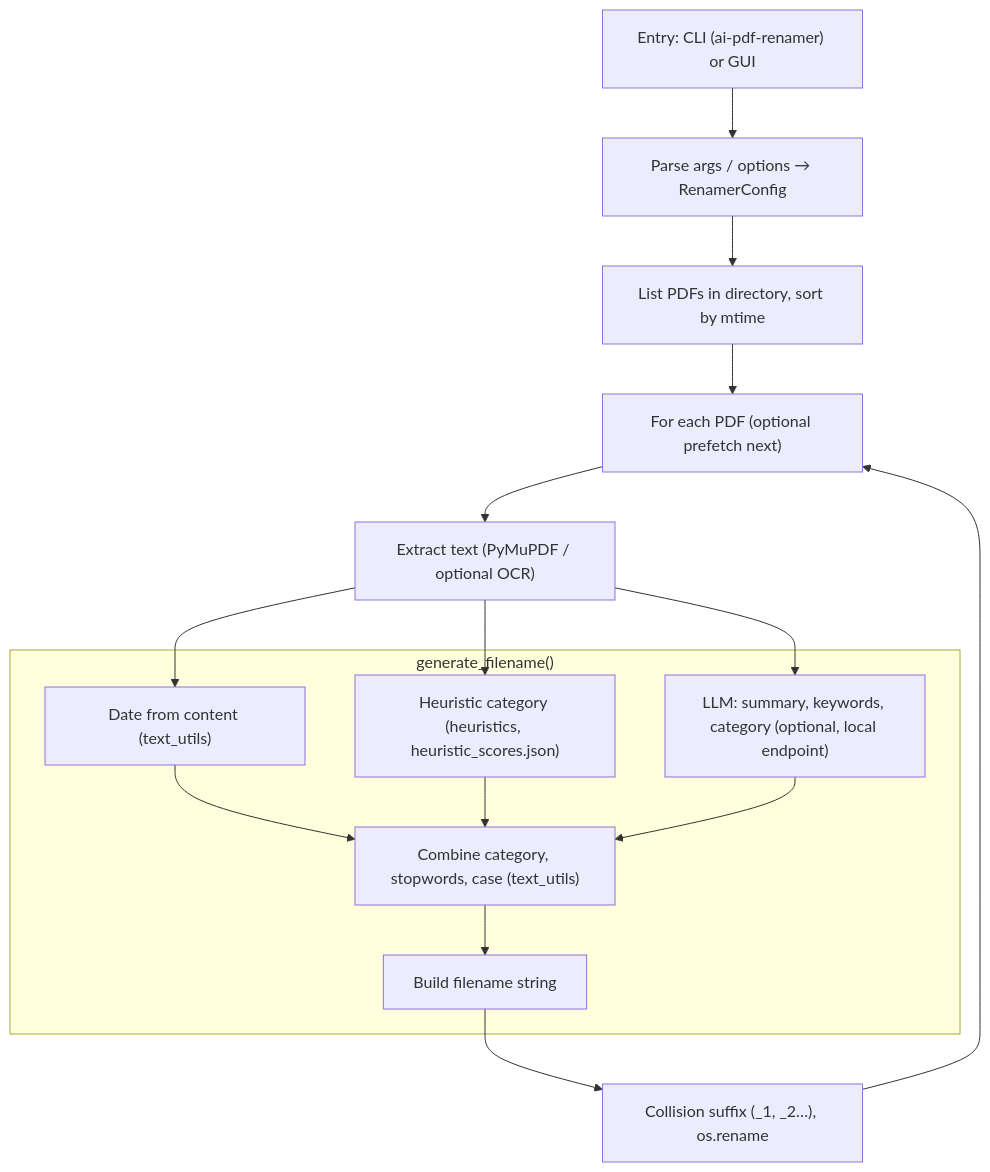
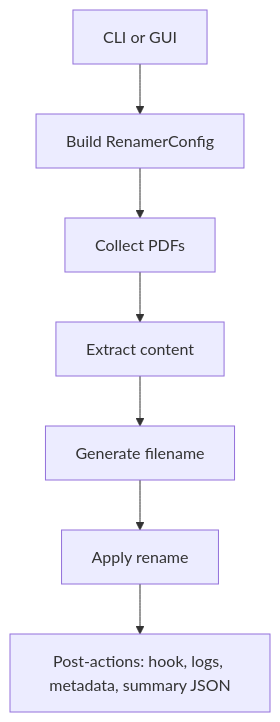
The diagram in docs/ARCHITECTURE.md (sebastianspicker/ai-pdf-renamer), drawn with Mermaid before and after one commit. The commit also changed other lines of this file and 47 other files, not shown here.

````diff
--- a/docs/ARCHITECTURE.md
+++ b/docs/ARCHITECTURE.md
@@ -11,21 +25,9 @@
 ```mermaid
 flowchart TB
-  A["Entry: CLI (ai-pdf-renamer) or GUI"] --> B["Parse args / options → RenamerConfig"]
-  B --> C["List PDFs in directory, sort by mtime"]
-  C --> D["For each PDF (optional prefetch next)"]
-  D --> E["Extract text (PyMuPDF / optional OCR)"]
-  E --> F1
-  E --> F2
-  E --> F3
-  F5 --> G["Collision suffix (_1, _2…), os.rename"]
-  G --> D
-
-  subgraph gen["generate_filename()"]
-    F1["Date from content (text_utils)"]
-    F2["Heuristic category (heuristics, heuristic_scores.json)"]
-    F3["LLM: summary, keywords, category (optional, local endpoint)"]
-    F4["Combine category, stopwords, case (text_utils)"]
-    F5["Build filename string"]
-    F1 & F2 & F3 --> F4 --> F5
-  end
+  A[CLI or GUI] --> B[Build RenamerConfig]
+  B --> C[Collect PDFs]
+  C --> D[Extract content]
+  D --> E[Generate filename]
+  E --> F[Apply rename]
+  F --> G[Post-actions: hook, logs, metadata, summary JSON]
 ```
````
